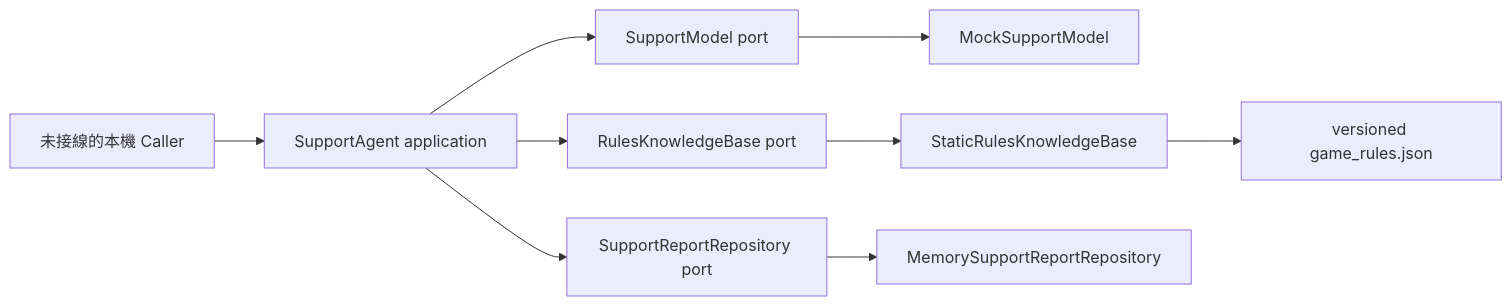
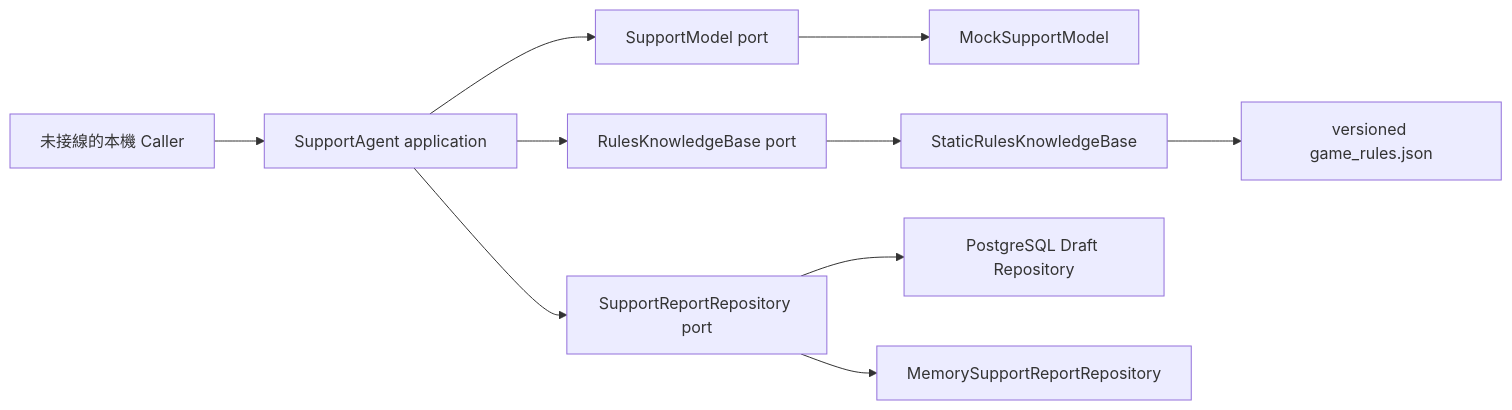
One commit to ChaoMing0815/AWS-cloud-lab changed the diagram in docs/architecture/support-agent.md. Above: the diagram before and after it, drawn with Mermaid. The commit also changed other lines of this file and 2 other files, not shown here.

````diff
--- a/docs/architecture/support-agent.md
+++ b/docs/architecture/support-agent.md
@@ -5,11 +5,12 @@
 ```mermaid
 flowchart LR
     Caller[未接線的本機 Caller] --> App[SupportAgent application]
     App --> ModelPort[SupportModel port]
     App --> RulesPort[RulesKnowledgeBase port]
     App --> ReportPort[SupportReportRepository port]
+    ReportPort --> Postgres[PostgreSQL Draft Repository]
     ModelPort --> Mock[MockSupportModel]
     RulesPort --> Static[StaticRulesKnowledgeBase]
     Static --> JSON[versioned game_rules.json]
     ReportPort --> Memory[MemorySupportReportRepository]
 ```
````
